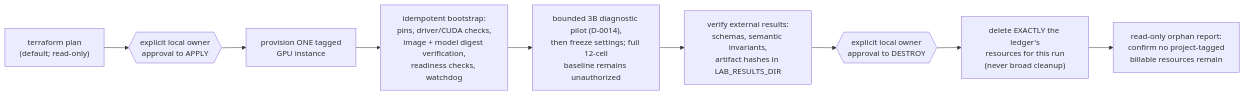
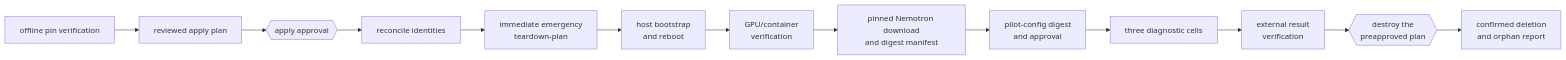
One commit to jgdynamite/blackwell-agentic-inference-lab changed the fourth of 4 diagrams in docs/architecture.md. Above: the diagram before and after it, drawn with Mermaid. The commit also changed other lines of this file and 19 other files, not shown here.

Commit message:
Prepare reproducible pins for the Akamai pilot (#8)

````diff
--- a/docs/architecture.md
+++ b/docs/architecture.md
@@ -266,11 +266,15 @@
 ```mermaid
 flowchart LR
-    plan["terraform plan<br/>(default; read-only)"] --> approve1{{"explicit local owner<br/>approval to APPLY"}}
-    approve1 --> provision["provision ONE tagged<br/>GPU instance"]
-    provision --> bootstrap["idempotent bootstrap:<br/>pins, driver/CUDA checks,<br/>image + model digest verification,<br/>readiness checks, watchdog"]
-    bootstrap --> pilot["bounded 3B diagnostic pilot (D-0014),<br/>then freeze settings; full 12-cell<br/>baseline remains unauthorized"]
-    pilot --> verify["verify external results:<br/>schemas, semantic invariants,<br/>artifact hashes in LAB_RESULTS_DIR"]
-    verify --> approve2{{"explicit local owner<br/>approval to DESTROY"}}
-    approve2 --> teardown["delete EXACTLY the ledger's<br/>resources for this run<br/>(never broad cleanup)"]
-    teardown --> orphan["read-only orphan report:<br/>confirm no project-tagged<br/>billable resources remain"]
+    pins["offline pin verification"] --> plan["reviewed apply plan"]
+    plan --> approve1{{"apply approval"}}
+    approve1 --> reconcile["reconcile identities"]
+    reconcile --> emergency["immediate emergency<br/>teardown-plan"]
+    emergency --> bootstrap["host bootstrap<br/>and reboot"]
+    bootstrap --> gpu["GPU/container<br/>verification"]
+    gpu --> model["pinned Nemotron download<br/>and digest manifest"]
+    model --> cfg["pilot-config digest<br/>and approval"]
+    cfg --> cells["three diagnostic cells"]
+    cells --> verify["external result<br/>verification"]
+    verify --> approve2{{"destroy the<br/>preapproved plan"}}
+    approve2 --> orphan["confirmed deletion<br/>and orphan report"]
 ```
````
